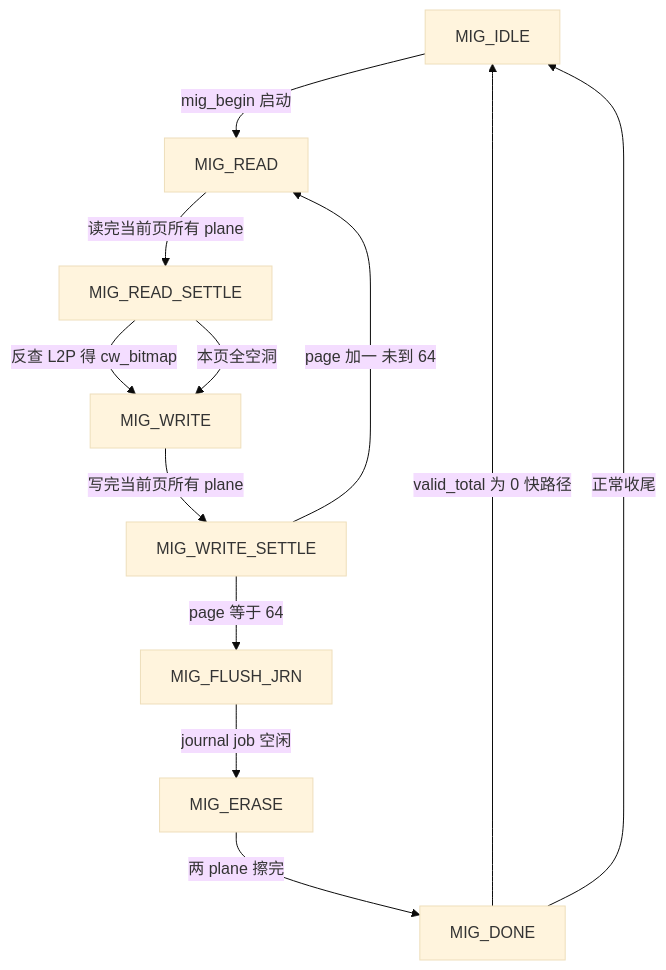
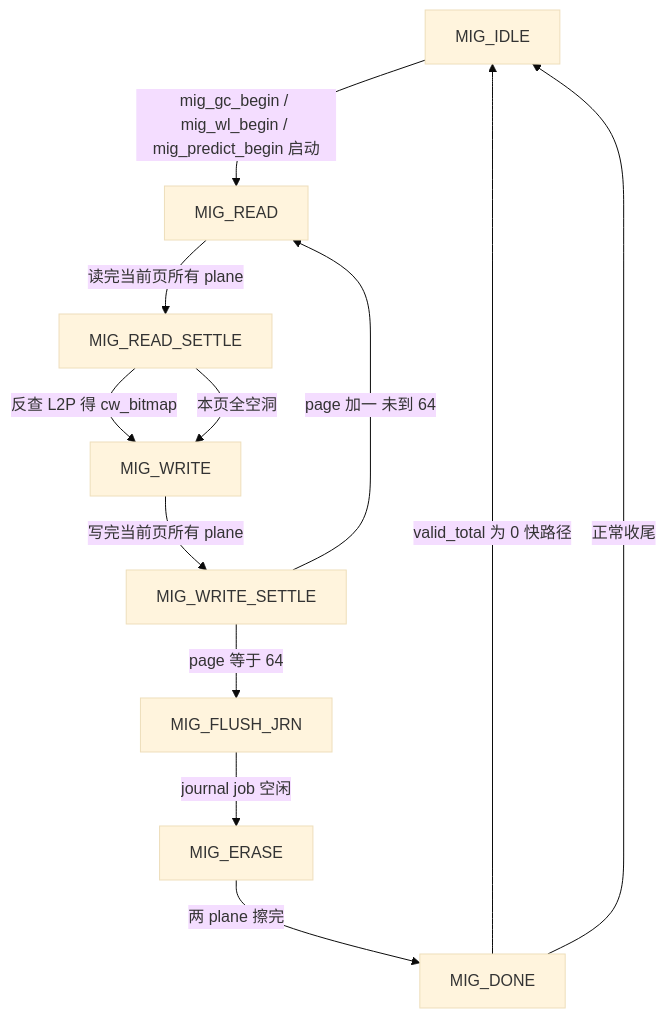
Diagram 21 of 32 in docs/design/ftl_design.md (YzYMIAO/BASESSD), drawn with Mermaid (base theme) before and after one commit. The commit also changed other lines of this file and 11 other files, not shown here.

````diff
--- a/docs/design/ftl_design.md
+++ b/docs/design/ftl_design.md
@@ -3421,22 +3421,22 @@
 ```mermaid
 flowchart TD
     IDLE["MIG_IDLE"]
     READ["MIG_READ"]
     RS["MIG_READ_SETTLE"]
     WRITE["MIG_WRITE"]
     WS["MIG_WRITE_SETTLE"]
     FLUSH["MIG_FLUSH_JRN"]
     ERASE["MIG_ERASE"]
     DONE["MIG_DONE"]
-    IDLE -- "mig_begin 启动" --> READ
+    IDLE -- "mig_gc_begin / mig_wl_begin / mig_predict_begin 启动" --> READ
     READ -- "读完当前页所有 plane" --> RS
     RS -- "反查 L2P 得 cw_bitmap" --> WRITE
     RS -- "本页全空洞" --> WRITE
     WRITE -- "写完当前页所有 plane" --> WS
     WS -- "page 加一 未到 64" --> READ
     WS -- "page 等于 64" --> FLUSH
     FLUSH -- "journal job 空闲" --> ERASE
     ERASE -- "两 plane 擦完" --> DONE
     DONE -- "valid_total 为 0 快路径" --> IDLE
     DONE -- "正常收尾" --> IDLE
 ```
````
